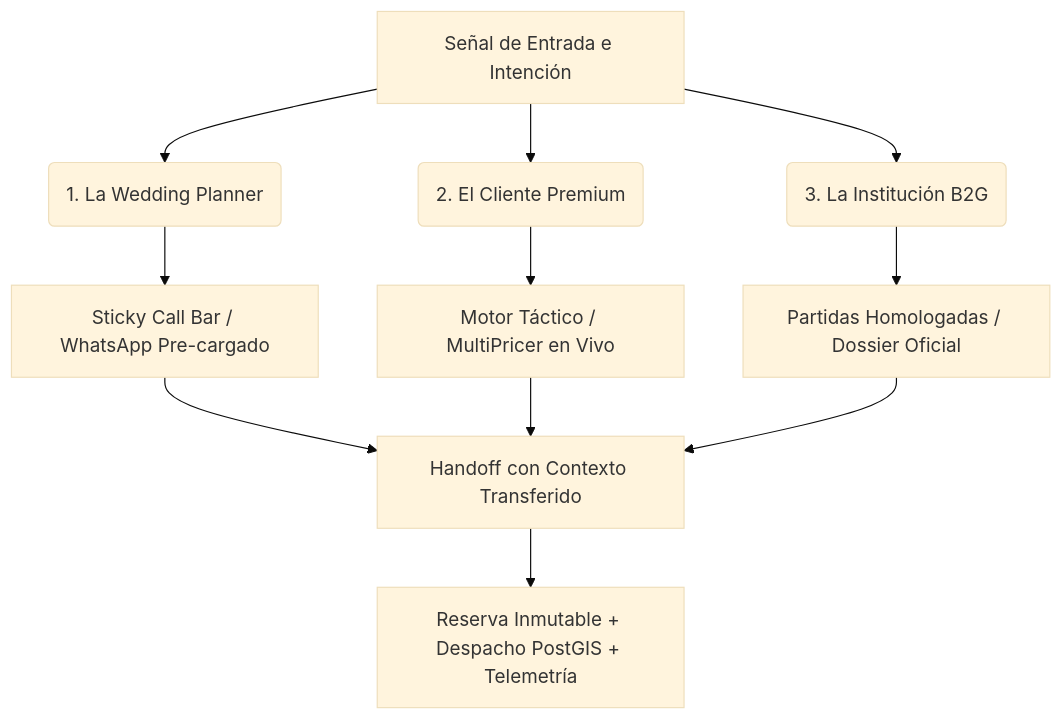
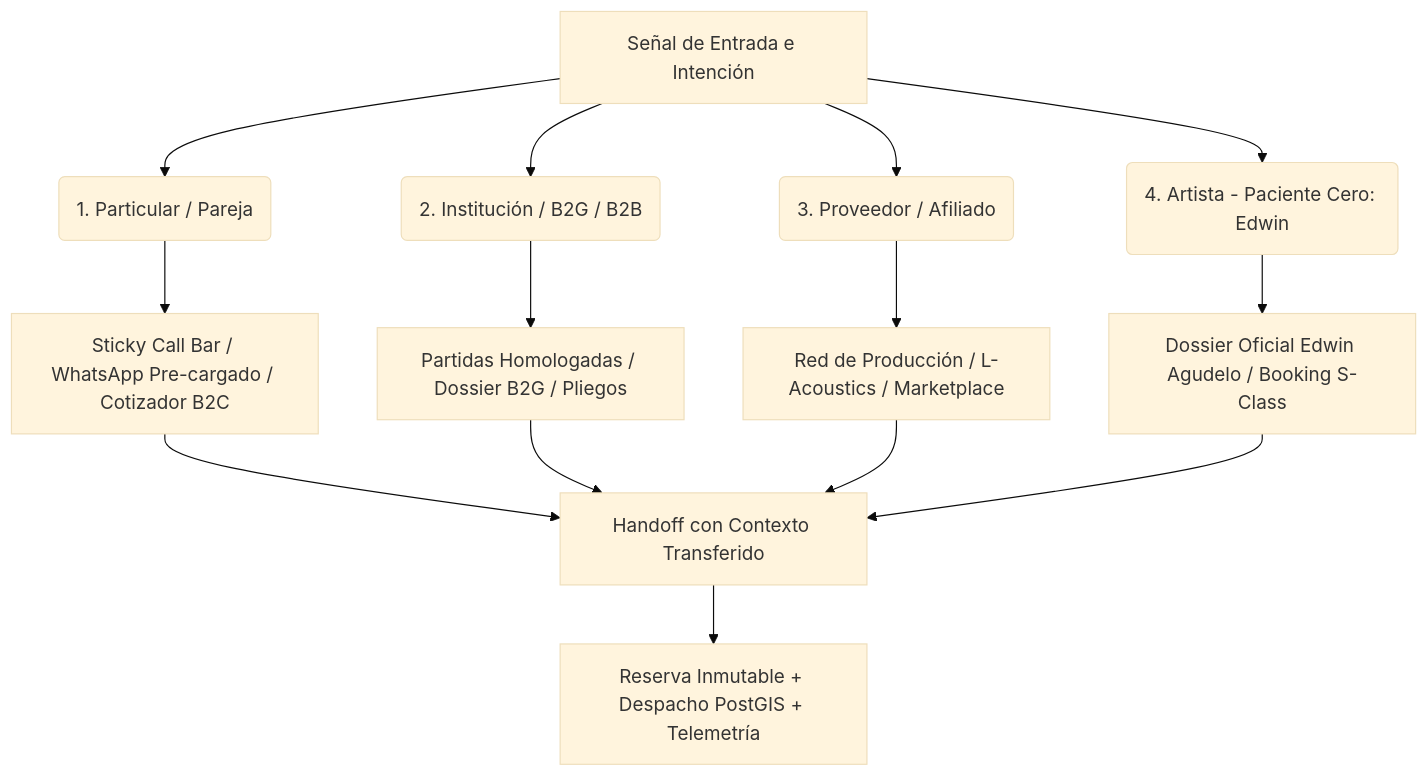
One commit to Productoraear/productora-ear-os changed the diagram in docs/release/EAR_OS_ADAPTIVE_JOURNEY_PRESENTATION.md. Above: the diagram before and after it, drawn with Mermaid (base theme). The commit also changed other lines of this file and 31 other files, not shown here.

````diff
--- a/docs/release/EAR_OS_ADAPTIVE_JOURNEY_PRESENTATION.md
+++ b/docs/release/EAR_OS_ADAPTIVE_JOURNEY_PRESENTATION.md
@@ -37,16 +31,19 @@
 ```mermaid
 graph TD
-    A[Señal de Entrada e Intención] --> B(1. La Wedding Planner)
-    A --> C(2. El Cliente Premium)
-    A --> D(3. La Institución B2G)
+    A[Señal de Entrada e Intención] --> B(1. Particular / Pareja)
+    A --> C(2. Institución / B2G / B2B)
+    A --> D(3. Proveedor / Afiliado)
+    A --> E(4. Artista - Paciente Cero: Edwin)
     
-    B --> B1[Sticky Call Bar / WhatsApp Pre-cargado]
-    C --> C1[Motor Táctico / MultiPricer en Vivo]
-    D --> D1[Partidas Homologadas / Dossier Oficial]
+    B --> B1[Sticky Call Bar / WhatsApp Pre-cargado / Cotizador B2C]
+    C --> C1[Partidas Homologadas / Dossier B2G / Pliegos]
+    D --> D1[Red de Producción / L-Acoustics / Marketplace]
+    E --> E1[Dossier Oficial Edwin Agudelo / Booking S-Class]
     
-    B1 --> E[Handoff con Contexto Transferido]
-    C1 --> E
-    D1 --> E
+    B1 --> F[Handoff con Contexto Transferido]
+    C1 --> F
+    D1 --> F
+    E1 --> F
     
-    E --> F[Reserva Inmutable + Despacho PostGIS + Telemetría]
+    F --> G[Reserva Inmutable + Despacho PostGIS + Telemetría]
 ```
````
